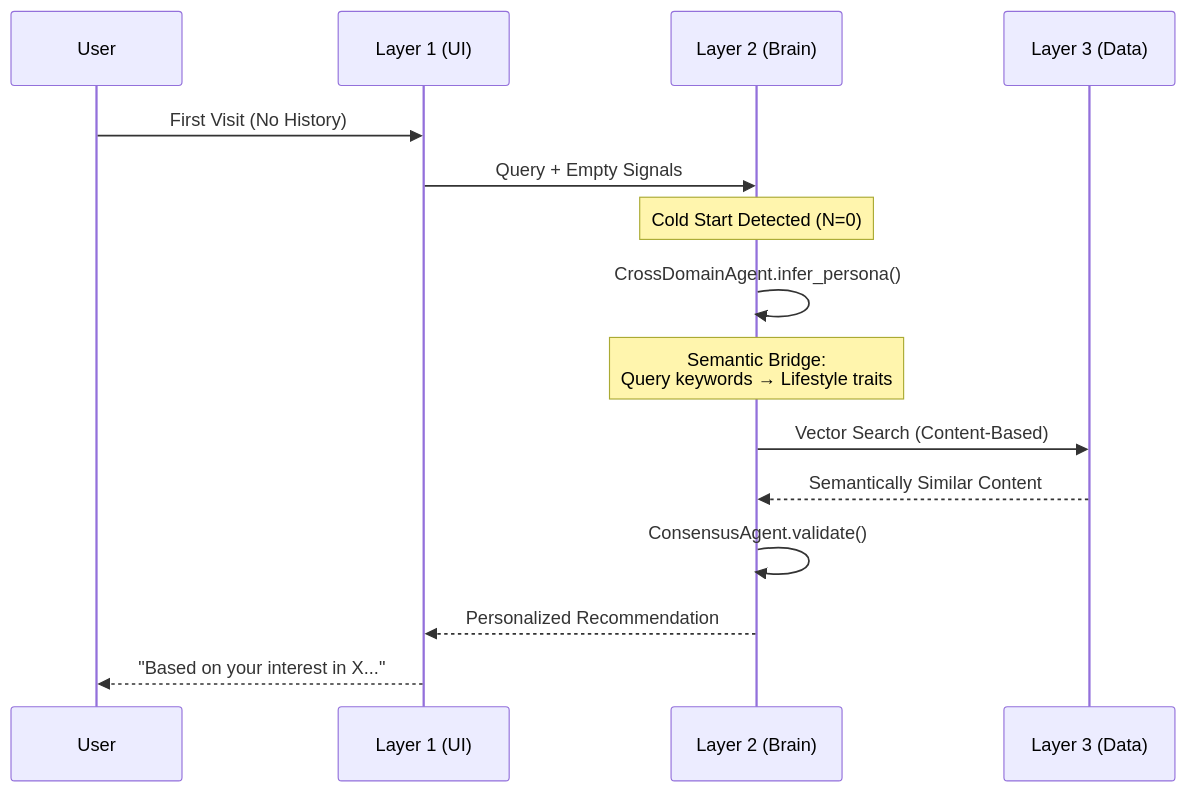
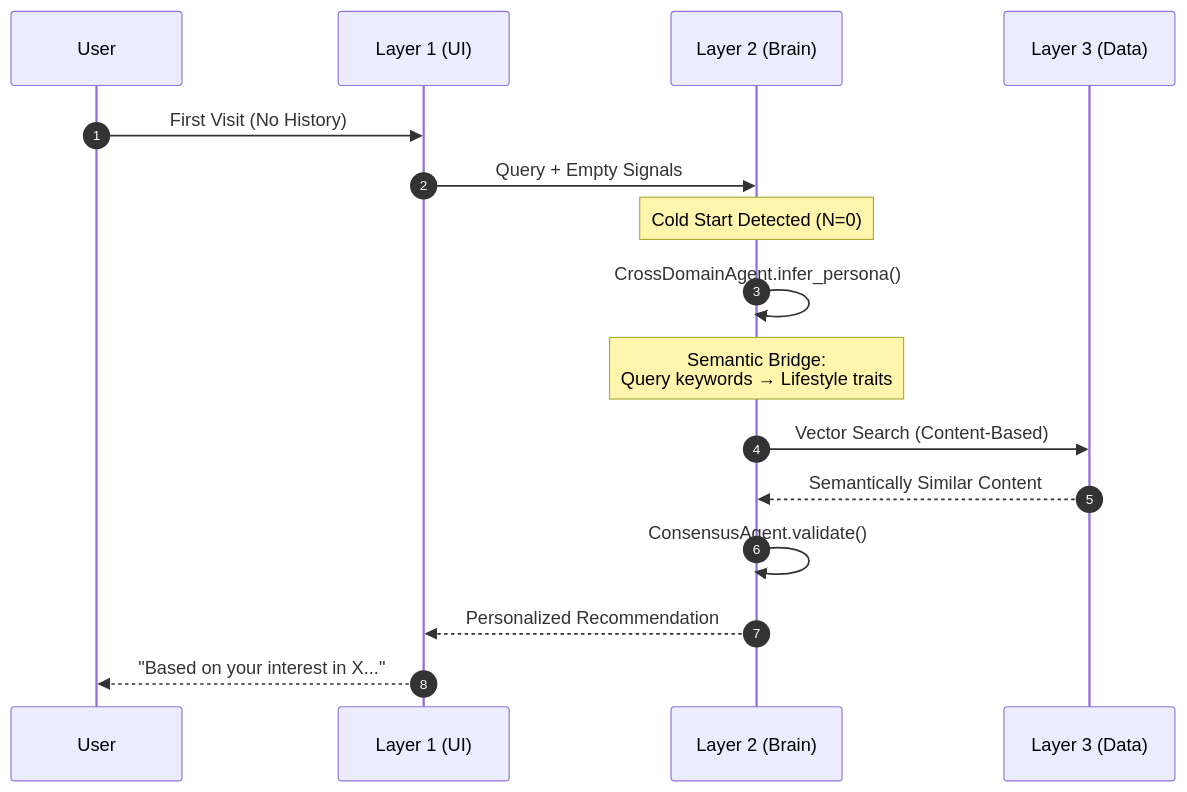
The second of 3 diagrams in docs/THREE_LAYER_ARCHITECTURE.md (tripzydevops/tripzy-lifestyle-adventures-v2), drawn with Mermaid before and after one commit. The commit also changed other lines of this file, not shown here.

Commit message:
docs: reformat 3-layer architecture to match agent architecture style

````diff
--- a/docs/THREE_LAYER_ARCHITECTURE.md
+++ b/docs/THREE_LAYER_ARCHITECTURE.md
@@ -154,21 +77,22 @@
 ```mermaid
 sequenceDiagram
+    autonumber
     participant User
     participant Layer1 as Layer 1 (UI)
     participant Layer2 as Layer 2 (Brain)
     participant Layer3 as Layer 3 (Data)
 
     User->>Layer1: First Visit (No History)
     Layer1->>Layer2: Query + Empty Signals
 
     Note over Layer2: Cold Start Detected (N=0)
     Layer2->>Layer2: CrossDomainAgent.infer_persona()
     Note over Layer2: Semantic Bridge:<br/>Query keywords → Lifestyle traits
 
     Layer2->>Layer3: Vector Search (Content-Based)
     Layer3-->>Layer2: Semantically Similar Content
 
     Layer2->>Layer2: ConsensusAgent.validate()
     Layer2-->>Layer1: Personalized Recommendation
     Layer1-->>User: "Based on your interest in X..."
 ```
````
